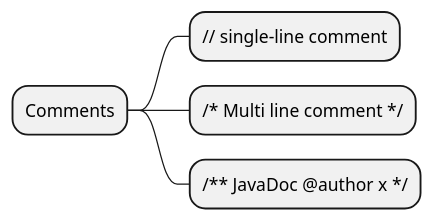
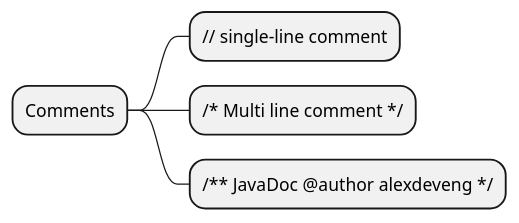
The diagram in docs/java17/comments.adoc (languagekatas/java-ocp-certification), drawn with PlantUML before and after one commit.

Commit message:
small fix in comments

```diff
--- a/docs/java17/comments.adoc
+++ b/docs/java17/comments.adoc
@@ -4,9 +4,9 @@
 [plantuml, comments-mental-map, svg]
 ----
 @startmindmap
 + Comments
 ++ // single-line comment
 ++ /* Multi line comment */
-++ /** JavaDoc @author x */
+++ /** JavaDoc @author alexdeveng */
 @endmindmap
 ----
```
